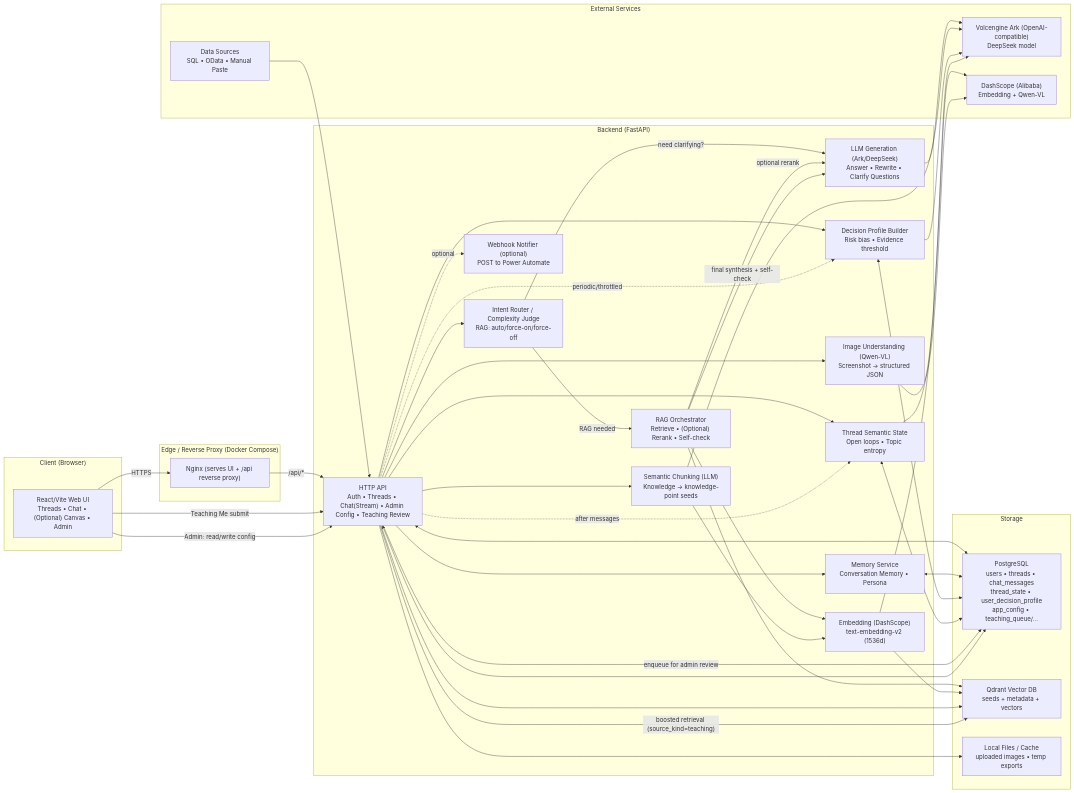
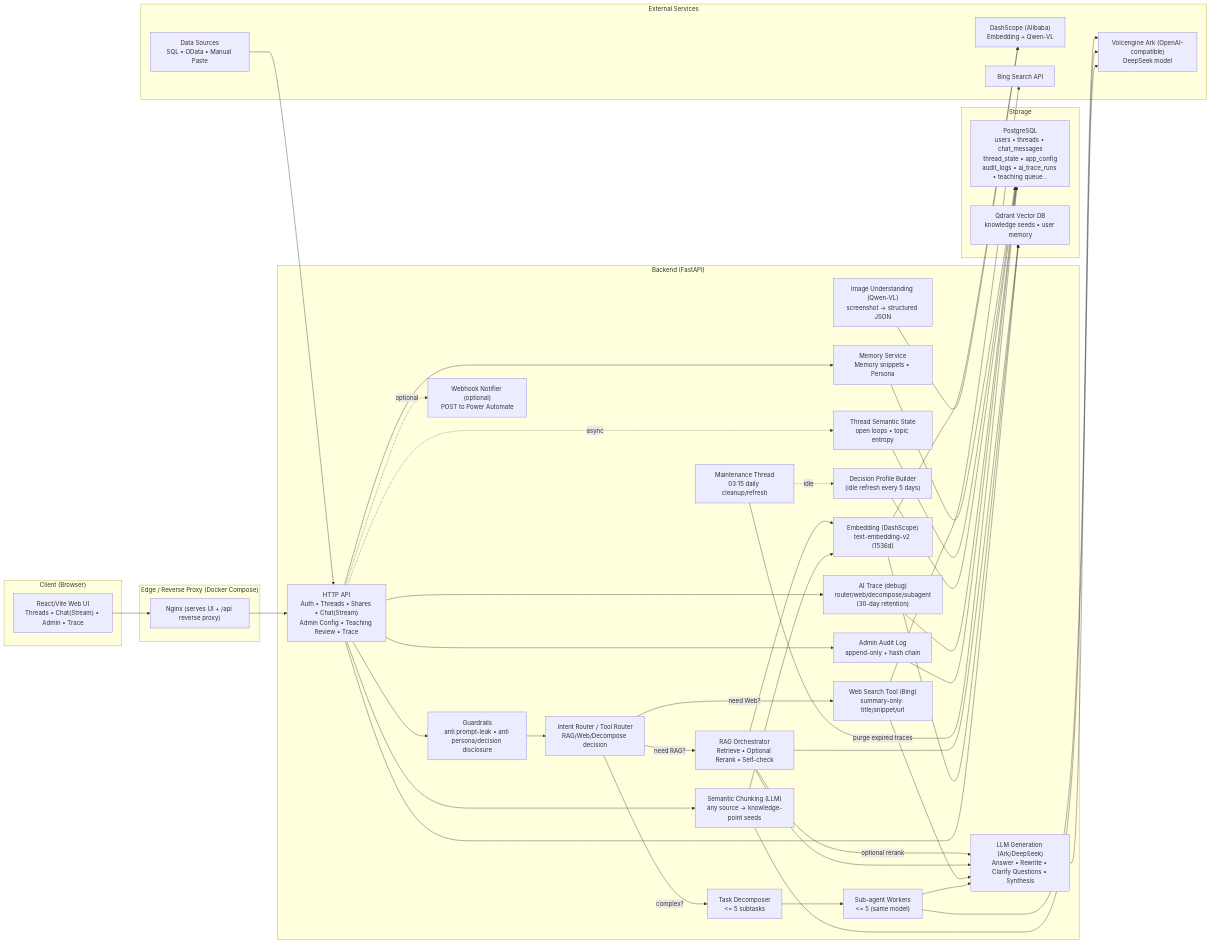
The diagram in README.md (isaaciaac/TeamMember), drawn with Mermaid before and after one commit. The commit also changed other lines of this file and 12 other files, not shown here.

Commit message:
Add on-demand web search, sub-agent decomposition, and AI trace

````diff
--- a/README.md
+++ b/README.md
@@ -86,10 +132,9 @@
 ```mermaid
-
 flowchart LR
-  %% TeamMember V1 - System Architecture
+  %% TeamMember - System Architecture (V1+)
 
   subgraph Client["Client (Browser)"]
-    UI["React/Vite Web UI<br/>Threads • Chat • (Optional) Canvas • Admin"]
+    UI["React/Vite Web UI<br/>Threads • Chat(Stream) • Admin • Trace"]
   end
 
   subgraph Edge["Edge / Reverse Proxy (Docker Compose)"]
@@ -97,82 +142,70 @@
   end
 
   subgraph Backend["Backend (FastAPI)"]
-    API["HTTP API<br/>Auth • Threads • Chat(Stream) • Admin Config • Teaching Review"]
-    Router["Intent Router / Complexity Judge<br/>RAG: auto/force-on/force-off"]
-    Gen["LLM Generation (Ark/DeepSeek)<br/>Answer • Rewrite • Clarify Questions"]
-    Rag["RAG Orchestrator<br/>Retrieve • (Optional) Rerank • Self-check"]
-    Chunker["Semantic Chunking (LLM)<br/>Knowledge -> knowledge-point seeds"]
-    Memory["Memory Service<br/>Conversation Memory • Persona"]
-    Decision["Decision Profile Builder<br/>Risk bias • Evidence threshold"]
-    TState["Thread Semantic State<br/>Open loops • Topic entropy"]
-    Vision["Image Understanding (Qwen-VL)<br/>Screenshot -> structured JSON"]
+    API["HTTP API<br/>Auth • Threads • Shares • Chat(Stream)<br/>Admin Config • Teaching Review • Trace"]
+    Guards["Guardrails<br/>anti prompt-leak • anti persona/decision disclosure"]
+
+    Router["Intent Router / Tool Router<br/>RAG/Web/Decompose decision"]
+    Decomp["Task Decomposer<br/><= 5 subtasks"]
+    SubAgents["Sub-agent Workers<br/><= 5 (same model)"]
+
+    Rag["RAG Orchestrator<br/>Retrieve • Optional Rerank • Self-check"]
+    Web["Web Search Tool (Bing)<br/>summary-only: title/snippet/url"]
+    Gen["LLM Generation (Ark/DeepSeek)<br/>Answer • Rewrite • Clarify Questions • Synthesis"]
+
+    Chunker["Semantic Chunking (LLM)<br/>any source -> knowledge-point seeds"]
+    Memory["Memory Service<br/>Memory snippets • Persona"]
+    Decision["Decision Profile Builder<br/>(idle refresh every 5 days)"]
+    TState["Thread Semantic State<br/>open loops • topic entropy"]
+    Vision["Image Understanding (Qwen-VL)<br/>screenshot -> structured JSON"]
     Embed["Embedding (DashScope)<br/>text-embedding-v2 (1536d)"]
+
+    Trace["AI Trace (debug)<br/>router/web/decompose/subagent<br/>(30-day retention)"]
+    Audit["Admin Audit Log<br/>append-only + hash chain"]
+    Maint["Maintenance Thread<br/>03:15 daily cleanup/refresh"]
     Notify["Webhook Notifier (optional)<br/>POST to Power Automate"]
   end
 
   subgraph Storage["Storage"]
-    PG["PostgreSQL<br/>users • threads • chat_messages<br/>thread_state • user_decision_profile<br/>app_config • teaching_queue/..."]
-    Qdrant["Qdrant Vector DB<br/>seeds + metadata + vectors"]
-    Files["Local Files / Cache<br/>uploaded images • temp exports"]
+    PG["PostgreSQL<br/>users • threads • chat_messages<br/>thread_state • app_config<br/>audit_logs • ai_trace_runs • teaching queue..."]
+    Qdrant["Qdrant Vector DB<br/>knowledge seeds • user memory"]
   end
 
   subgraph External["External Services"]
     Ark["Volcengine Ark (OpenAI-compatible)<br/>DeepSeek model"]
     DashScope["DashScope (Alibaba)<br/>Embedding + Qwen-VL"]
+    Bing["Bing Search API"]
     Sources["Data Sources<br/>SQL • OData • Manual Paste"]
   end
 
   %% Client -> Edge -> Backend
-  UI -->|HTTPS| Nginx
-  Nginx -->|/api/*| API
+  UI --> Nginx --> API
 
-  %% Backend internal calls
-  API --> Router
-  Router -->|need clarifying?| Gen
-  Router -->|RAG needed| Rag
-  Rag --> Embed
+  %% Chat pipeline
+  API --> Guards --> Router
+  Router -->|need RAG?| Rag --> Embed --> DashScope
   Rag --> Qdrant
-  Rag -->|optional rerank| Gen
-  Rag -->|final synthesis + self-check| Gen
+  Rag -->|optional rerank| Gen --> Ark
+  Router -->|need Web?| Web --> Bing
+  Router -->|complex?| Decomp --> SubAgents --> Ark
+  Rag --> Gen
+  Web --> Gen
+  SubAgents --> Gen
 
-  API --> Memory
-  API --> Decision
-  API --> TState
-  API --> Vision
-
-  %% Background refresh pipelines
-  API -. after messages .-> TState
-  API -. periodic/throttled .-> Decision
-
-  %% LLM providers
-  Gen --> Ark
-  Chunker --> Ark
-  Decision --> Ark
-  TState --> Ark
-  Embed --> DashScope
+  %% Context & background analyzers
+  API --> Memory --> PG
+  API -. async .-> TState --> PG
+  Maint -. idle .-> Decision --> PG
   Vision --> DashScope
 
-  %% Storage
-  API <--> PG
-  Memory <--> PG
-  Decision <--> PG
-  TState <--> PG
+  %% Trace & audit
+  API --> Trace --> PG
+  API --> Audit --> PG
+  Maint -->|purge expired traces| PG
 
   %% Knowledge ingestion
-  Sources --> API
-  API --> Chunker
-  Chunker --> Embed
-  Embed --> Qdrant
+  Sources --> API --> Chunker --> Ark
+  Chunker --> Embed --> Qdrant
   API --> Qdrant
-  API --> Files
-
-  %% Teaching feedback loop
-  UI -->|Teaching Me submit| API
-  API -->|enqueue for admin review| PG
-  API -->|"boosted retrieval (source_kind=teaching)"| Qdrant
   API -. optional .-> Notify
-
-  %% Admin runtime config
-  UI -->|Admin: read/write config| API
-  API <--> PG
 ```
````
